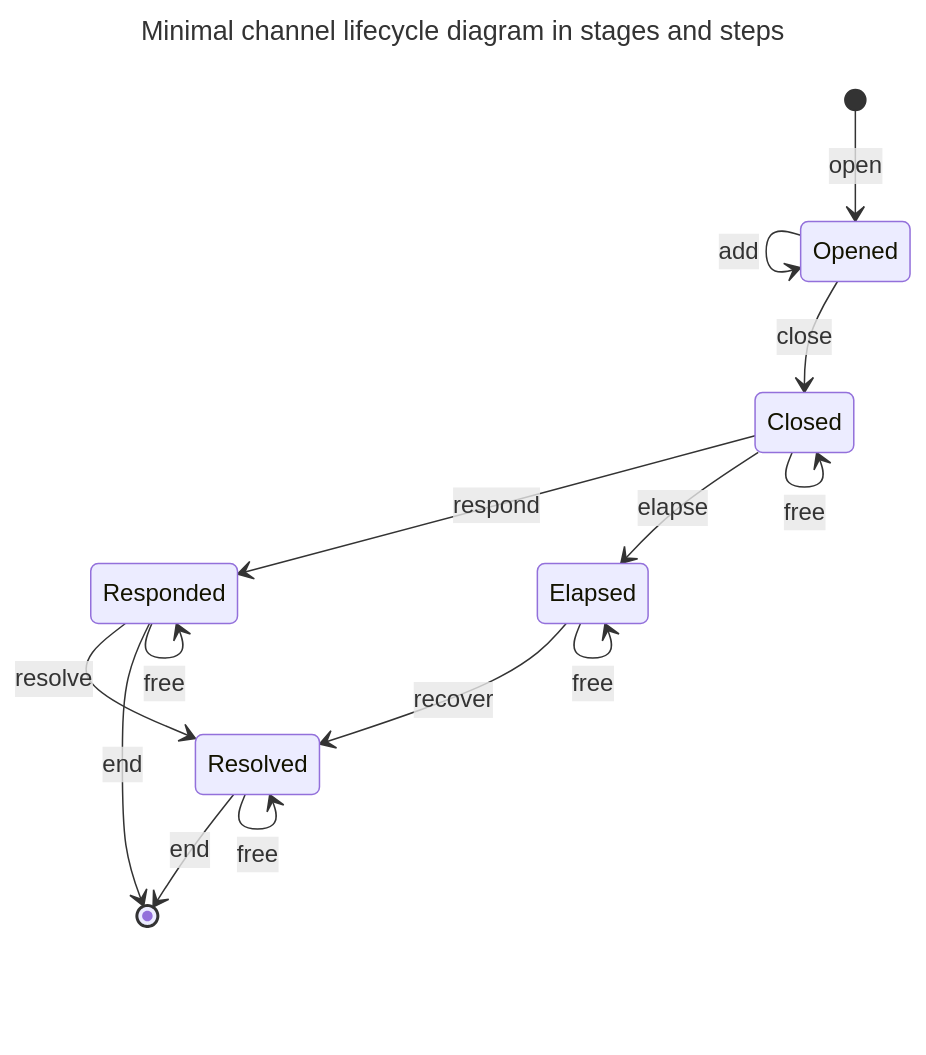
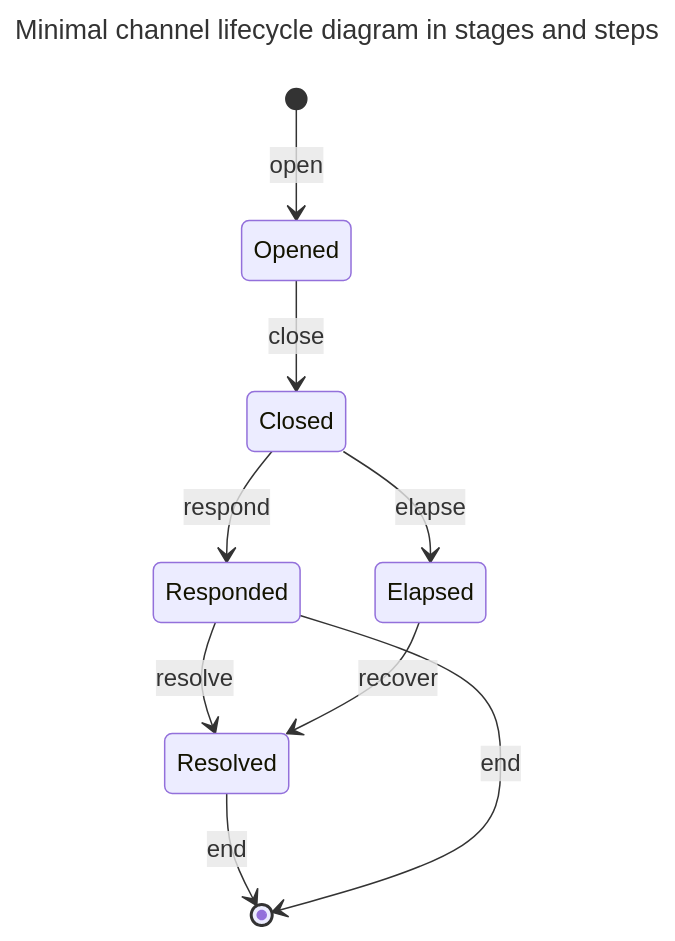
One commit to colll78/cardano-lightning changed the diagram in docs/adrs/minimal-lifecycle.md. Above: the diagram before and after it, drawn with Mermaid.

Commit message:
WIP : comment out arrows mermaid js struggles with

````diff
--- a/docs/adrs/minimal-lifecycle.md
+++ b/docs/adrs/minimal-lifecycle.md
@@ -62,22 +62,22 @@
 ```mermaid
 ---
 title: Minimal channel lifecycle diagram in stages and steps
 ---
 stateDiagram-v2
     [*] --> Opened : open
-    Opened --> Opened : add
+    %% Opened --> Opened : add
     Opened --> Closed : close
     Closed --> Responded : respond
     Responded --> Resolved : resolve
     Resolved --> [*] : end
 
     Closed --> Elapsed : elapse
     Elapsed --> Resolved : recover
 
     Responded --> [*] : end
 
-    Closed --> Closed : free
-    Resolved --> Resolved : free
-    Responded --> Responded : free
-    Elapsed --> Elapsed : free
+    %% Closed --> Closed : free
+    %% Resolved --> Resolved : free
+    %% Responded --> Responded : free
+    %% Elapsed --> Elapsed : free
 ```
````
